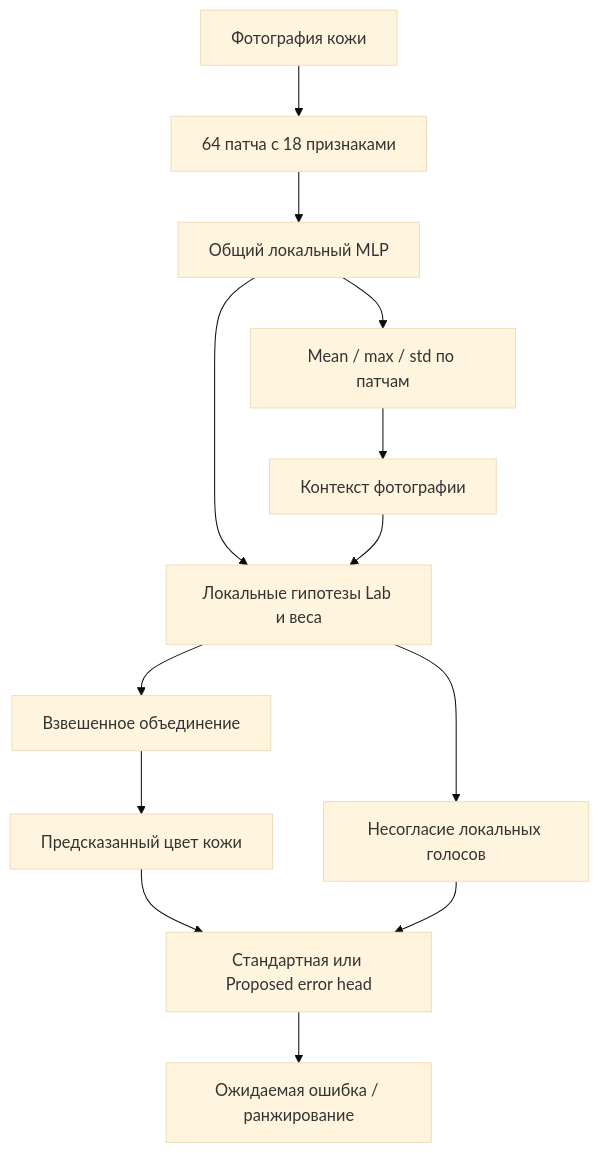
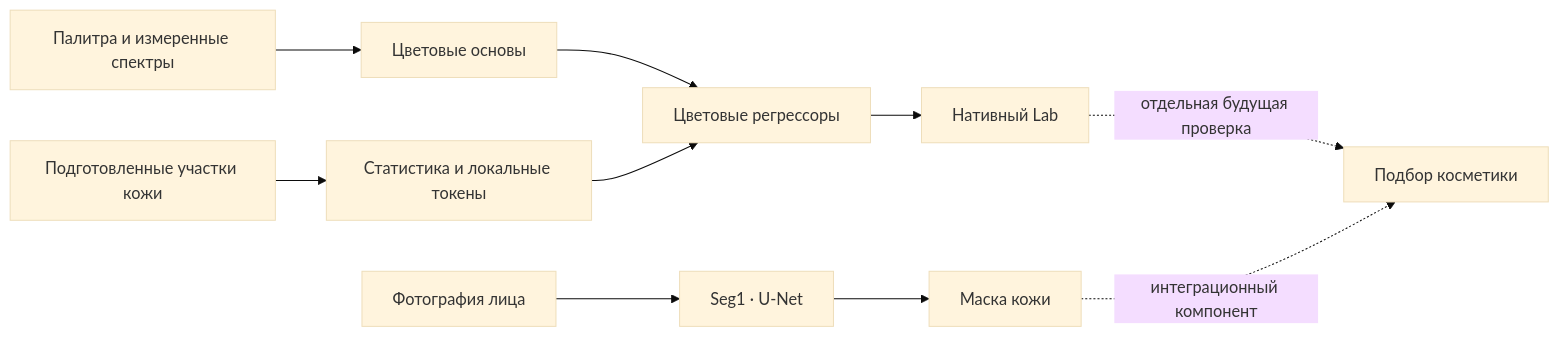
One commit to LITVA-HUB/luma-skin-vision-rnd changed the diagram in README.md. Above: the diagram before and after it, drawn with Mermaid (base theme). The commit also changed other lines of this file and 4356 other files, not shown here.

Commit message:
Publish complete paused ChromaSeed research atlas, architectures and evidence

````diff
--- a/README.md
+++ b/README.md
@@ -161,15 +38,12 @@
 ```mermaid
-flowchart TD
-    I[Фотография кожи] --> D[64 патча с 18 признаками]
-    D --> E[Общий локальный MLP]
-    E --> P[Mean / max / std по патчам]
-    P --> C[Контекст фотографии]
-    E --> V[Локальные гипотезы Lab и веса]
-    C --> V
-    V --> W[Взвешенное объединение]
-    W --> O[Предсказанный цвет кожи]
-    V --> U[Несогласие локальных голосов]
-    O --> H[Стандартная или Proposed error head]
-    U --> H
-    H --> R[Ожидаемая ошибка / ранжирование]
+flowchart LR
+    A[Палитра и измеренные спектры] --> B[Цветовые основы]
+    C[Подготовленные участки кожи] --> D[Статистика и локальные токены]
+    B --> E[Цветовые регрессоры]
+    D --> E
+    E --> F[Нативный Lab]
+    G[Фотография лица] --> H[Seg1 · U-Net]
+    H --> I[Маска кожи]
+    F -. отдельная будущая проверка .-> J[Подбор косметики]
+    I -. интеграционный компонент .-> J
 ```
````
